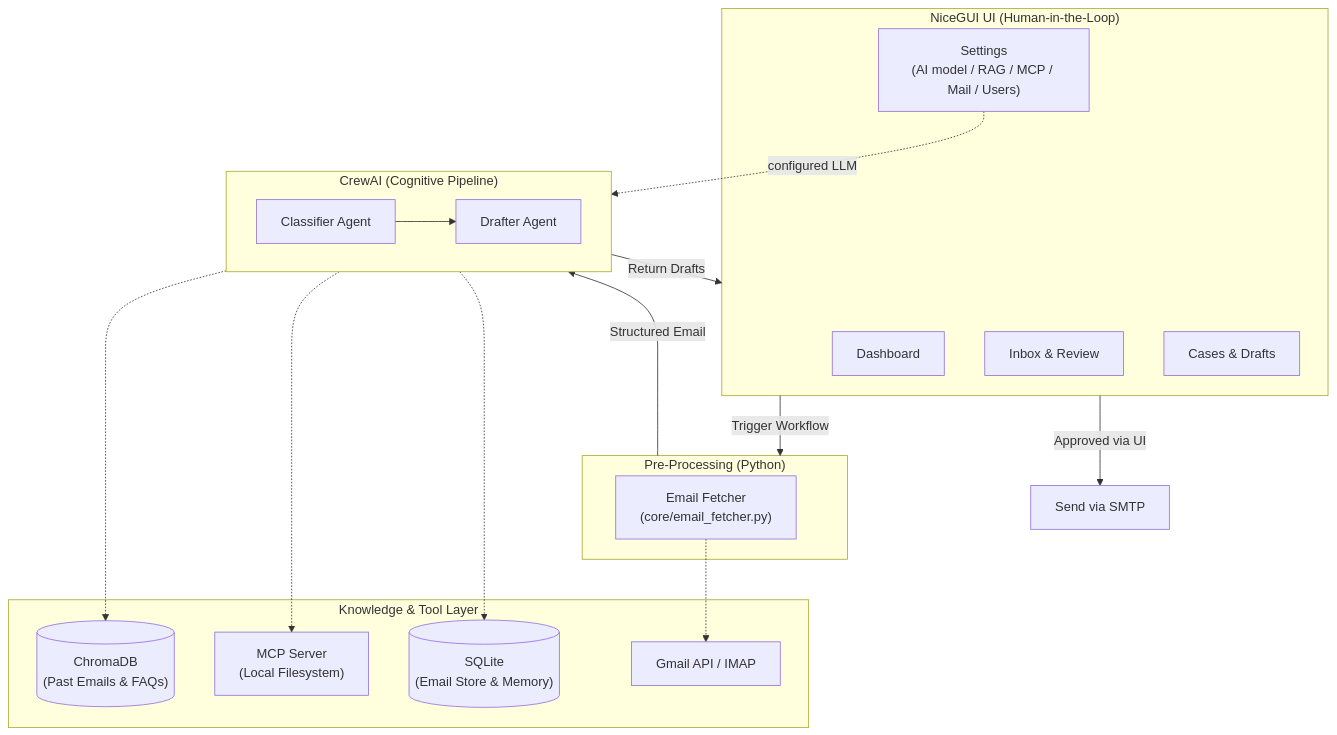
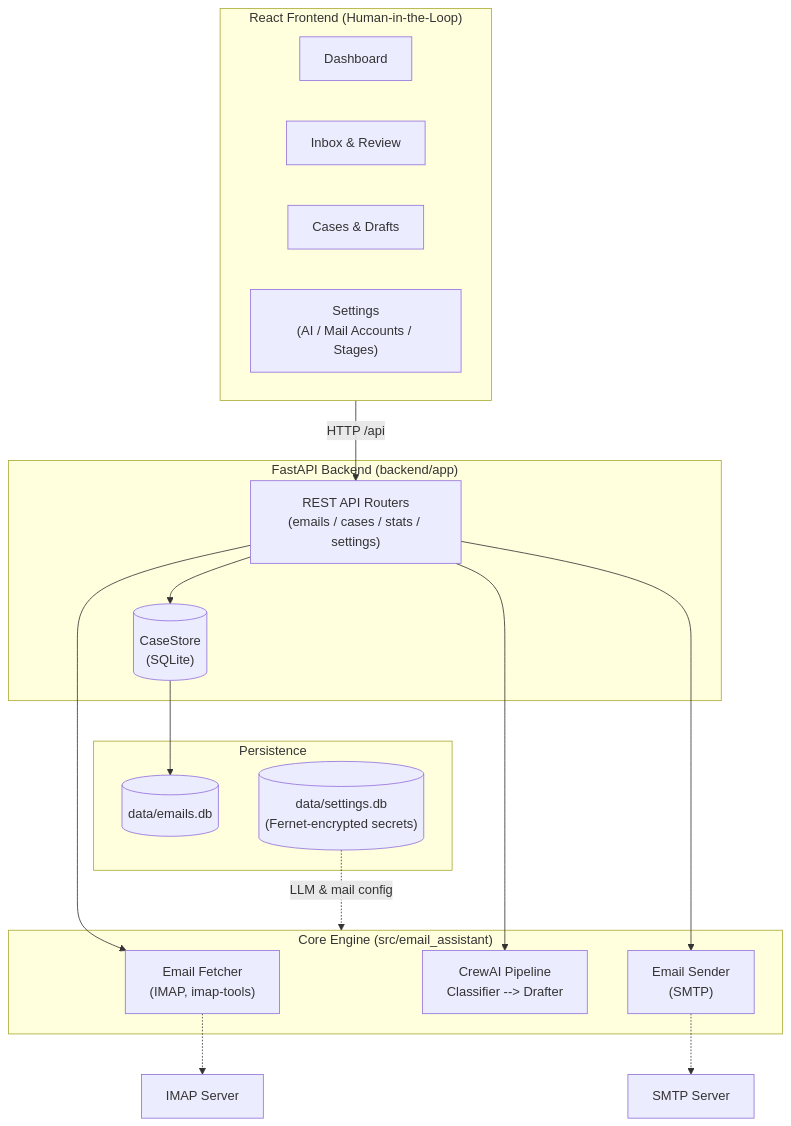
One commit to PolyU-Computer-Science/Year4-COMP4913-Capstone-Project changed the diagram in README.md. Above: the diagram before and after it, drawn with Mermaid. The commit also changed other lines of this file and 94 other files, not shown here.

First line of the commit message:
Migrate to FastAPI backend + React frontend, auto-processing queue, and plain-body drafts

````diff
--- a/README.md
+++ b/README.md
@@ -59,36 +57,35 @@
 ```mermaid
 flowchart TB
-    subgraph UI["NiceGUI UI (Human-in-the-Loop)"]
+    subgraph UI["React Frontend (Human-in-the-Loop)"]
         Dashboard["Dashboard"]
         Inbox["Inbox & Review"]
         Cases["Cases & Drafts"]
-        Settings["Settings<br/>(AI model / RAG / MCP / Mail / Users)"]
+        Settings["Settings<br/>(AI / Mail Accounts / Stages)"]
     end
 
-    subgraph PreProcess["Pre-Processing (Python)"]
-        Fetcher["Email Fetcher\n(core/email_fetcher.py)"]
+    subgraph API["FastAPI Backend (backend/app)"]
+        Routers["REST API Routers<br/>(emails / cases / stats / settings)"]
+        Store[("CaseStore<br/>(SQLite)")]
     end
 
-    subgraph Crew["CrewAI (Cognitive Pipeline)"]
-        direction LR
-        Classifier["Classifier Agent"] --> Drafter["Drafter Agent"]
+    subgraph Core["Core Engine (src/email_assistant)"]
+        Fetcher["Email Fetcher<br/>(IMAP, imap-tools)"]
+        Crew["CrewAI Pipeline<br/>Classifier --> Drafter"]
+        Sender["Email Sender<br/>(SMTP)"]
     end
 
-    subgraph Data["Knowledge & Tool Layer"]
-        RAG[("ChromaDB\n(Past Emails & FAQs)")]
-        SQLite[("SQLite\n(Email Store & Memory)")]
-        MCP["MCP Server\n(Local Filesystem)"]
-        IMAP["Gmail API / IMAP"]
+    subgraph Data["Persistence"]
+        EmailsDB[("data/emails.db")]
+        SettingsDB[("data/settings.db<br/>(Fernet-encrypted secrets)")]
     end
 
-    UI -->|Trigger Workflow| PreProcess
-    PreProcess -->|Structured Email| Crew
-    Crew -->|Return Drafts| UI
-    UI -->|Approved via UI| SMTP["Send via SMTP"]
-
-    Settings -.->|configured LLM| Crew
-    Fetcher -.-> IMAP
-    Drafter -.-> RAG
-    Drafter -.-> MCP
-    Crew -.-> SQLite
+    UI -->|HTTP /api| Routers
+    Routers --> Fetcher
+    Routers --> Crew
+    Routers --> Sender
+    Routers --> Store
+    Store --> EmailsDB
+    SettingsDB -.->|LLM & mail config| Core
+    Fetcher -.-> IMAP["IMAP Server"]
+    Sender -.-> SMTP["SMTP Server"]
 ```
````
